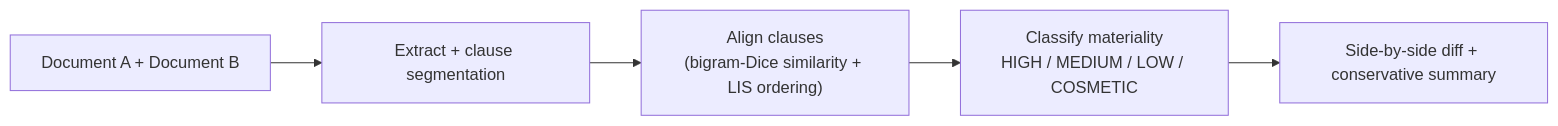
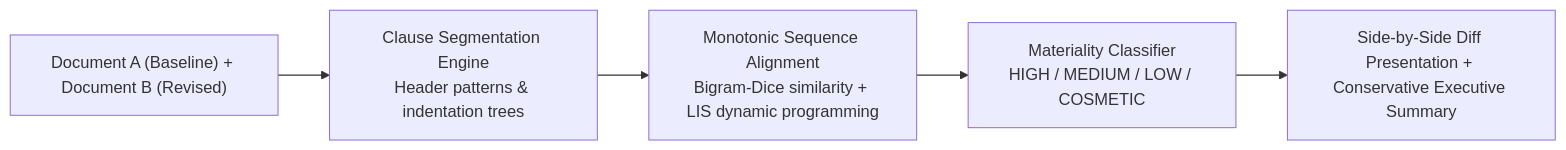
One commit to VishalRajExe/verbatim-demo changed the third of 4 diagrams in README.md. Above: the diagram before and after it, drawn with Mermaid. The commit also changed other lines of this file, not shown here.

Commit message:
docs: expand README with tech stacks, working functions, and deep architectural Q&A

````diff
--- a/README.md
+++ b/README.md
@@ -169,7 +311,7 @@
 ```mermaid
 flowchart LR
-  A["Document A + Document B"] --> B["Extract + clause segmentation"]
-  B --> C["Align clauses<br/>(bigram-Dice similarity + LIS ordering)"]
-  C --> D["Classify materiality<br/>HIGH / MEDIUM / LOW / COSMETIC"]
-  D --> E["Side-by-side diff + conservative summary"]
+  A["Document A (Baseline) + Document B (Revised)"] --> B["Clause Segmentation Engine<br/>Header patterns & indentation trees"]
+  B --> C["Monotonic Sequence Alignment<br/>Bigram-Dice similarity + LIS dynamic programming"]
+  C --> D["Materiality Classifier<br/>HIGH / MEDIUM / LOW / COSMETIC"]
+  D --> E["Side-by-Side Diff Presentation + Conservative Executive Summary"]
 ```
````
